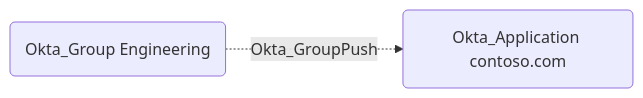
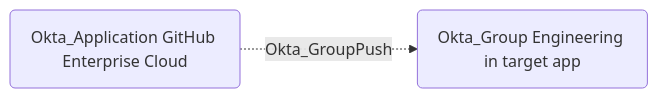
Before and after one commit to SpecterOps/openhound-okta: the diagram in descriptions/edges/Okta_GroupPush.md, drawn with Mermaid. The commit also changed other lines of this file and 46 other files, not shown here.

````diff
--- a/descriptions/edges/Okta_GroupPush.md
+++ b/descriptions/edges/Okta_GroupPush.md
@@ -5,6 +5,6 @@
 ```mermaid
 graph LR
-    g1("Okta_Group Engineering")
-    app1("Okta_Application contoso.com")
-    g1 -. Okta_GroupPush .-> app1
+    app1("Okta_Application GitHub Enterprise Cloud")
+    g1("Okta_Group Engineering in target app")
+    app1 -. Okta_GroupPush .-> g1
 ```
````
